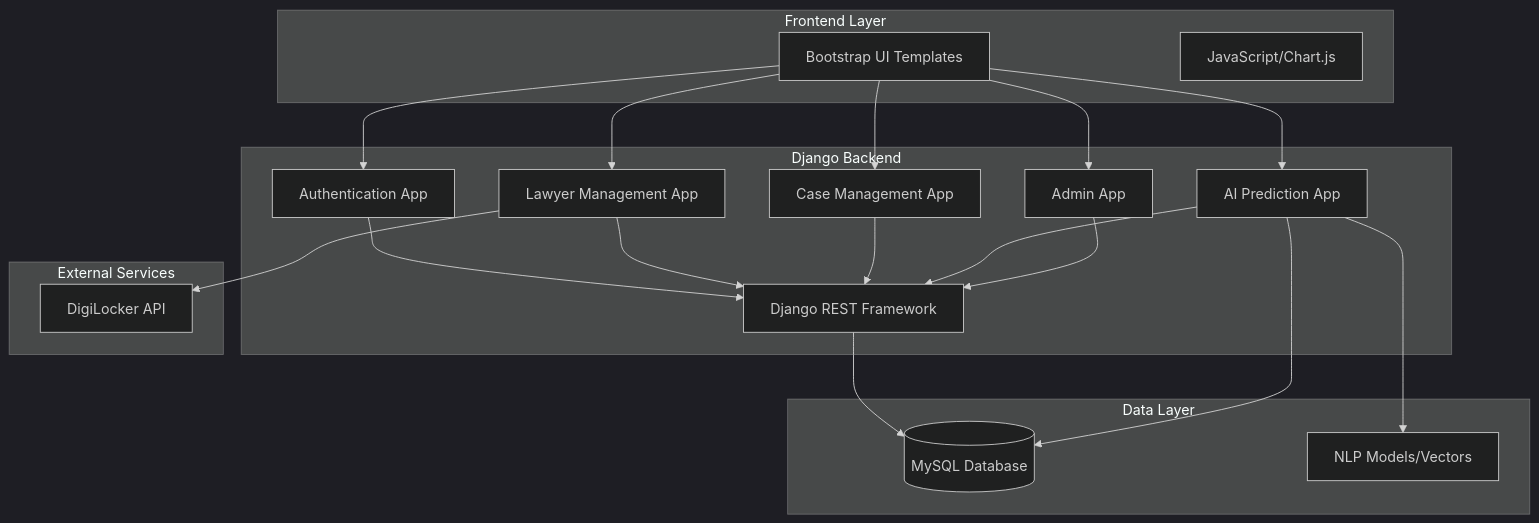
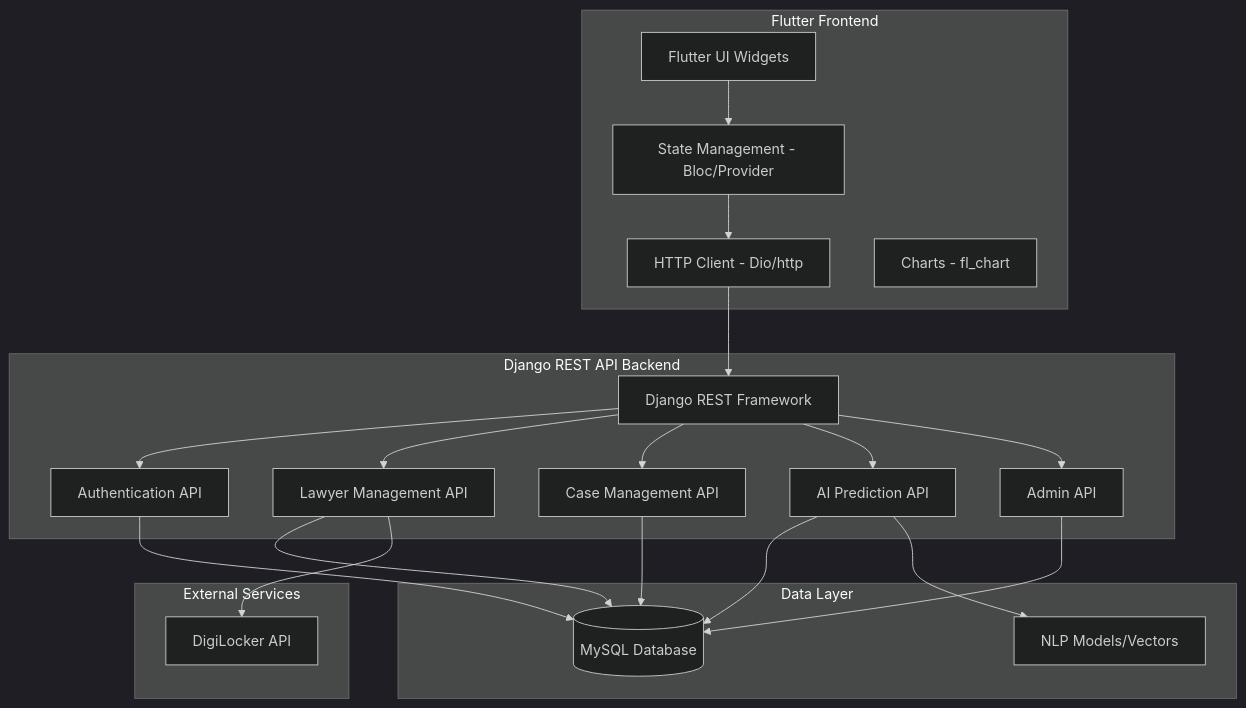
Before and after one commit to Nachiket2004/Judiciary_System: the diagram in .kiro/specs/ai-judiciary-platform/design.md, drawn with Mermaid (dark theme). The commit also changed other lines of this file and 2 other files, not shown here.

Commit message:
Flutter frontend, not Bootstrap

````diff
--- a/.kiro/specs/ai-judiciary-platform/design.md
+++ b/.kiro/specs/ai-judiciary-platform/design.md
@@ -13,42 +13,45 @@
 ```mermaid
 graph TB
-    subgraph "Frontend Layer"
-        UI[Bootstrap UI Templates]
-        JS[JavaScript/Chart.js]
+    subgraph "Flutter Frontend"
+        UI[Flutter UI Widgets]
+        STATE[State Management - Bloc/Provider]
+        HTTP[HTTP Client - Dio/http]
+        CHARTS[Charts - fl_chart]
     end
     
-    subgraph "Django Backend"
-        AUTH[Authentication App]
-        LAWYER[Lawyer Management App]
-        CASE[Case Management App]
-        AI[AI Prediction App]
-        ADMIN[Admin App]
-        API[Django REST Framework]
+    subgraph "Django REST API Backend"
+        AUTH[Authentication API]
+        LAWYER[Lawyer Management API]
+        CASE[Case Management API]
+        AI[AI Prediction API]
+        ADMIN[Admin API]
+        DRF[Django REST Framework]
     end
     
     subgraph "External Services"
         DL[DigiLocker API]
     end
     
     subgraph "Data Layer"
         DB[(MySQL Database)]
         NLP[NLP Models/Vectors]
     end
     
-    UI --> AUTH
-    UI --> LAWYER
-    UI --> CASE
-    UI --> AI
-    UI --> ADMIN
+    UI --> STATE
+    STATE --> HTTP
+    HTTP --> DRF
     
-    AUTH --> API
-    LAWYER --> API
-    CASE --> API
-    AI --> API
-    ADMIN --> API
+    DRF --> AUTH
+    DRF --> LAWYER
+    DRF --> CASE
+    DRF --> AI
+    DRF --> ADMIN
     
-    API --> DB
+    AUTH --> DB
+    LAWYER --> DB
     LAWYER --> DL
+    CASE --> DB
+    AI --> DB
     AI --> NLP
-    AI --> DB
+    ADMIN --> DB
 ```
````
